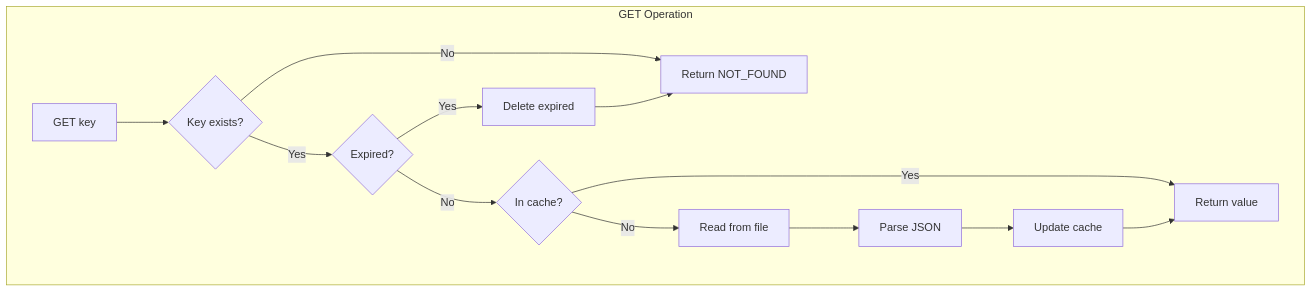
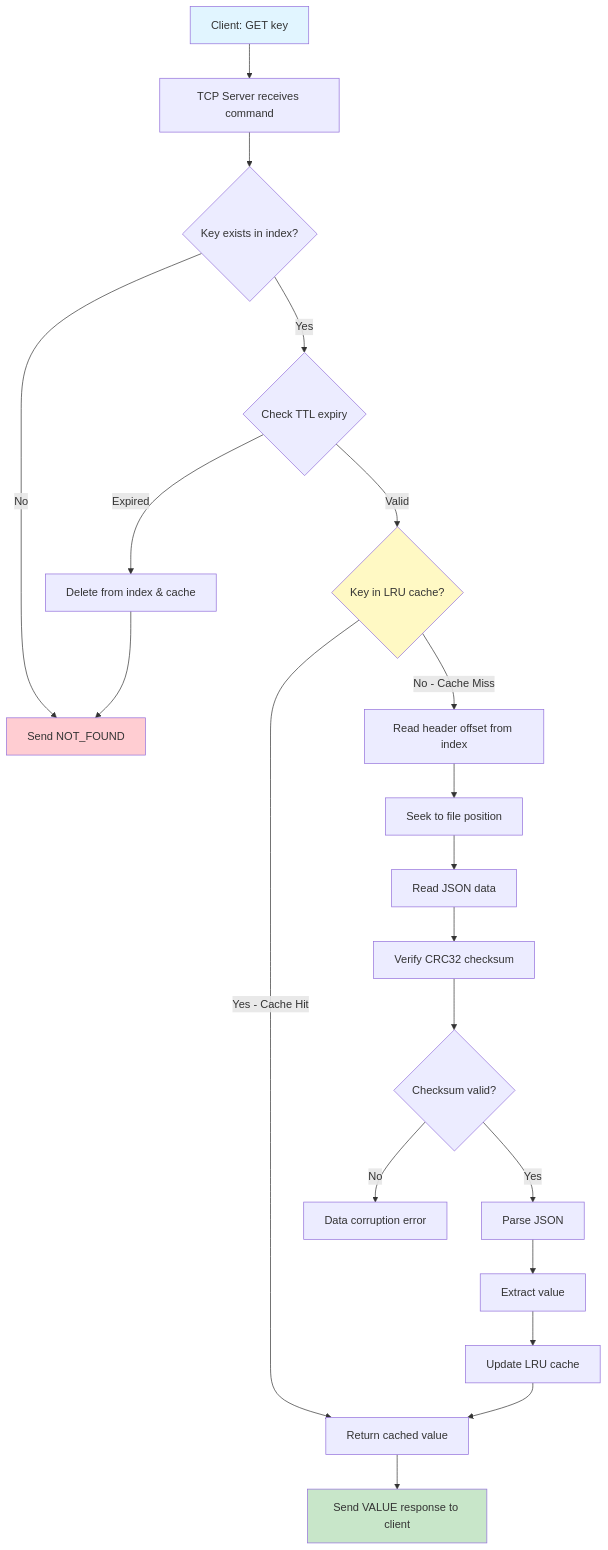
Before and after one commit to SurajAkhuli/BitPyStore: the second of 5 diagrams in README.md, drawn with Mermaid. The commit also changed other lines of this file, not shown here.

````diff
--- a/README.md
+++ b/README.md
@@ -345,27 +264,27 @@
 ```mermaid
-graph TD
-    subgraph "GET Operation"
-        G1[GET key]
-        G2{Key exists?}
-        G3{Expired?}
-        G4{In cache?}
-        G5[Read from file]
-        G6[Parse JSON]
-        G7[Update cache]
-        G8[Return value]
-        G9[Return NOT_FOUND]
-        G10[Delete expired]
-        
-        G1 --> G2
-        G2 -->|No| G9
-        G2 -->|Yes| G3
-        G3 -->|Yes| G10
-        G10 --> G9
-        G3 -->|No| G4
-        G4 -->|Yes| G8
-        G4 -->|No| G5
-        G5 --> G6
-        G6 --> G7
-        G7 --> G8
-    end
+flowchart TD
+    A[Client: GET key] --> B[TCP Server receives command]
+    B --> C{Key exists in index?}
+    C -->|No| D[Send NOT_FOUND]
+    C -->|Yes| E{Check TTL expiry}
+    E -->|Expired| F[Delete from index & cache]
+    F --> D
+    E -->|Valid| G{Key in LRU cache?}
+    G -->|Yes - Cache Hit| H[Return cached value]
+    G -->|No - Cache Miss| I[Read header offset from index]
+    I --> J[Seek to file position]
+    J --> K[Read JSON data]
+    K --> L[Verify CRC32 checksum]
+    L --> M{Checksum valid?}
+    M -->|No| N[Data corruption error]
+    M -->|Yes| O[Parse JSON]
+    O --> P[Extract value]
+    P --> Q[Update LRU cache]
+    Q --> H
+    H --> R[Send VALUE response to client]
+    
+    style A fill:#e1f5ff
+    style R fill:#c8e6c9
+    style G fill:#fff9c4
+    style D fill:#ffcdd2
 ```
````
